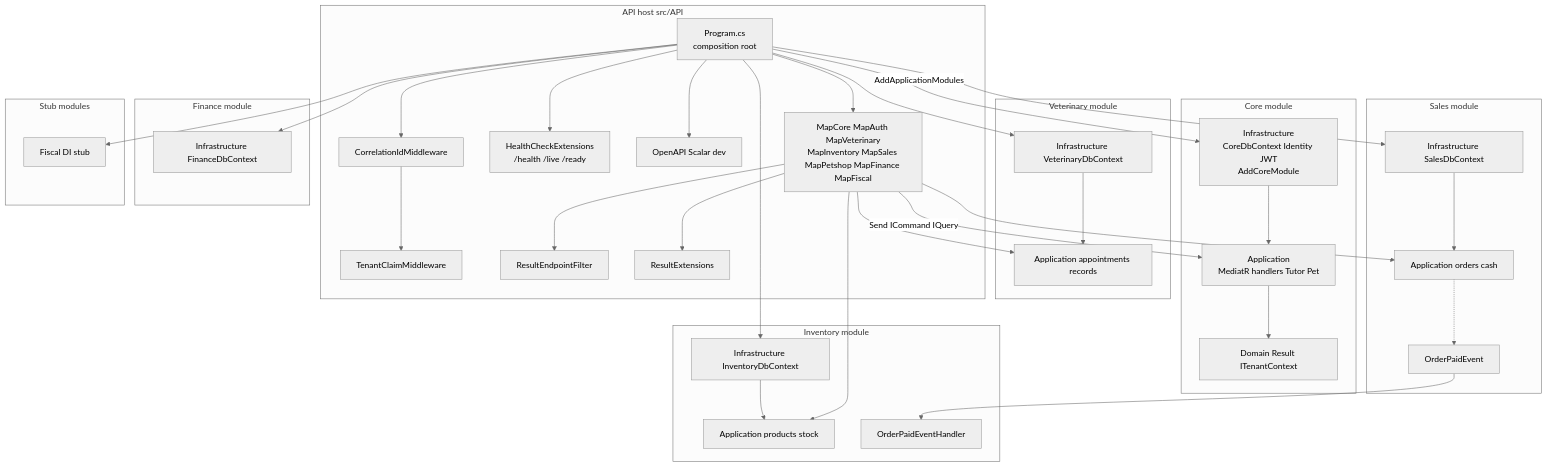
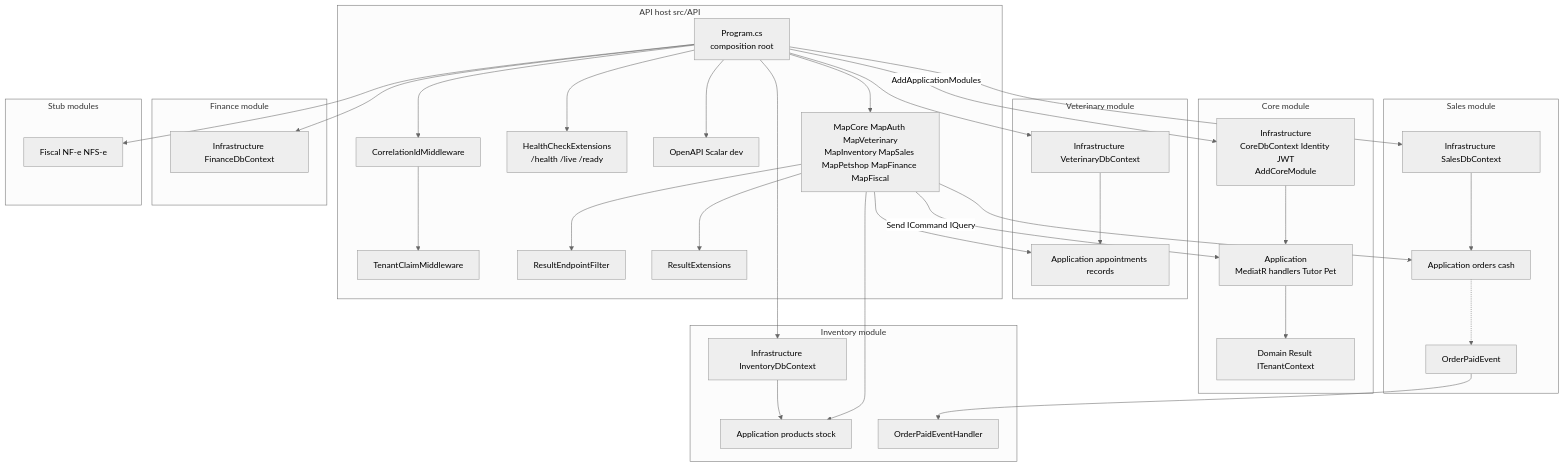
One commit to ronaldocestrela/sysvet changed the diagram in docs/diagramas/c4-api-components.mmd. Above: the diagram before and after it, drawn with Mermaid (neutral theme). The commit also changed 105 other files, not shown here.

```diff
--- a/docs/diagramas/c4-api-components.mmd
+++ b/docs/diagramas/c4-api-components.mmd
@@ -1,72 +1,72 @@
 %% C4 Level 3 — Components inside the API container (src/API + composed modules)
 
 flowchart TB
     subgraph api_host [API host src/API]
         Program["Program.cs<br/>composition root"]
         Corr["CorrelationIdMiddleware"]
         TenantMw["TenantClaimMiddleware"]
         Health["HealthCheckExtensions<br/>/health /live /ready"]
         OpenApi["OpenAPI Scalar dev"]
         ResultFilter["ResultEndpointFilter"]
         ResultExt["ResultExtensions"]
         MapEndpoints["MapCore MapAuth MapVeterinary<br/>MapInventory MapSales MapPetshop MapFinance MapFiscal"]
     end
 
     subgraph core_mod [Core module]
         CoreApp["Application<br/>MediatR handlers Tutor Pet"]
         CoreDom["Domain Result ITenantContext"]
         CoreInf["Infrastructure<br/>CoreDbContext Identity JWT<br/>AddCoreModule"]
     end
 
     subgraph vet_mod [Veterinary module]
         VetApp["Application appointments records"]
         VetInf["Infrastructure VeterinaryDbContext"]
     end
 
     subgraph inv_mod [Inventory module]
         InvApp["Application products stock"]
         InvInf["Infrastructure InventoryDbContext"]
         InvHandler["OrderPaidEventHandler"]
     end
 
     subgraph sales_mod [Sales module]
         SalesApp["Application orders cash"]
         SalesInf["Infrastructure SalesDbContext"]
         OrderPaid["OrderPaidEvent"]
     end
 
     subgraph fin_mod [Finance module]
         FinInf["Infrastructure FinanceDbContext"]
     end
 
     subgraph stub_mod [Stub modules]
-        FiscalStub["Fiscal DI stub"]
+        FiscalMod["Fiscal NF-e NFS-e"]
     end
 
     Program --> Corr --> TenantMw
     Program --> MapEndpoints
     MapEndpoints --> ResultFilter
     MapEndpoints --> ResultExt
     Program --> Health
     Program --> OpenApi
 
     MapEndpoints -->|"Send ICommand IQuery"| CoreApp
     MapEndpoints --> VetApp
     MapEndpoints --> InvApp
     MapEndpoints --> SalesApp
 
     CoreApp --> CoreDom
     CoreInf --> CoreApp
     VetInf --> VetApp
     InvInf --> InvApp
     SalesInf --> SalesApp
 
     OrderPaid --> InvHandler
     SalesApp -.-> OrderPaid
 
     Program -->|"AddApplicationModules"| CoreInf
     Program --> VetInf
     Program --> InvInf
     Program --> SalesInf
     Program --> FinInf
-    Program --> FiscalStub
+    Program --> FiscalMod
```
